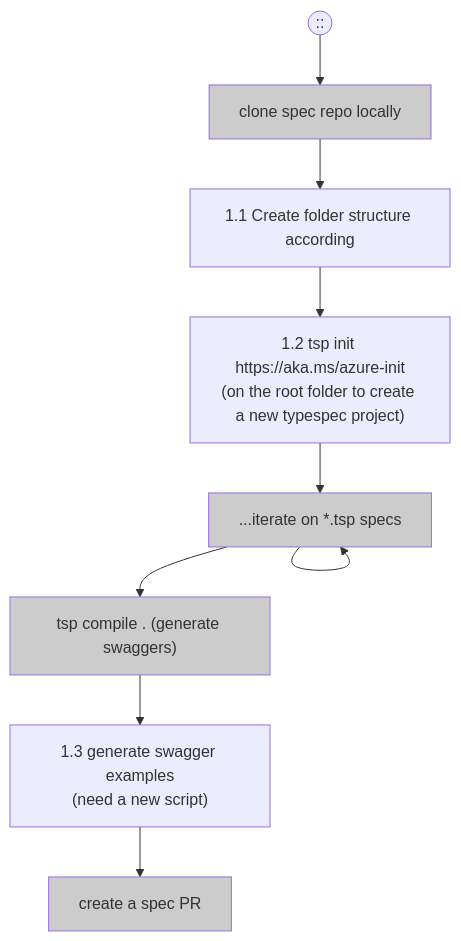
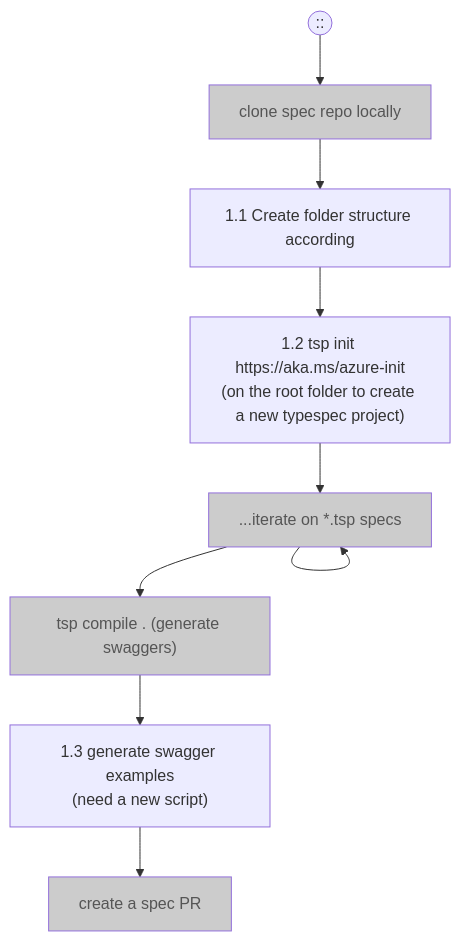
One commit to Azure/azure-rest-api-specs changed the first of 5 diagrams in documentation/typespec-end-to-end-scenarios.md. Above: the diagram before and after it, drawn with Mermaid. The commit also changed other lines of this file, not shown here.

Commit message:
Update color

````diff
--- a/documentation/typespec-end-to-end-scenarios.md
+++ b/documentation/typespec-end-to-end-scenarios.md
@@ -32,16 +32,16 @@
 ```mermaid
 flowchart TD
 classDef highlight fill:#ffd700
-classDef grey fill:#CCCCCC;
+classDef grey fill:#CCCCCC,color:#555555;
 User((::)) --> A[clone spec repo locally]
 A --> B[1.1 Create folder structure according ]
 B --> C["1.2 tsp init https://aka.ms/azure-init
 (on the root folder to create a new typespec project)"]
 C --> D[...iterate on *.tsp specs]
 D --> D
 D --> E["tsp compile . (generate swaggers)"]
 E --> F["1.3 generate swagger examples
 (need a new script)"]
 F --> G[create a spec PR]
 class A,G,D,E grey
 ```
````
